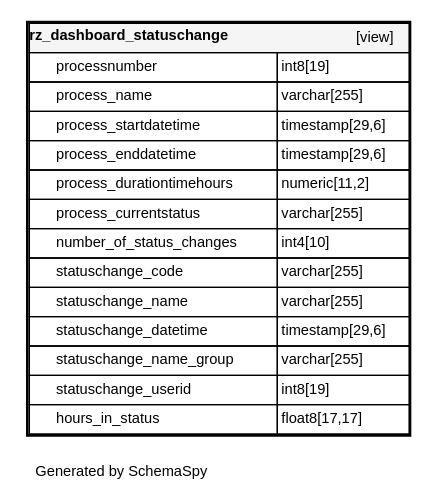
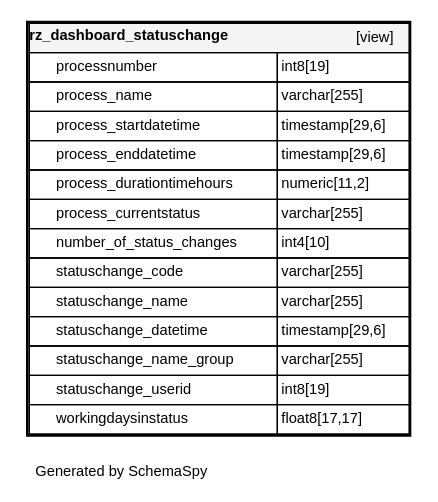
One commit to fyndoo/fyndoo.github.io changed the diagram in db_standardzone_version01/diagrams/tables/rz_dashboard_statuschange.1degree.dot. Above: the diagram before and after it, drawn with Graphviz. The commit also changed 17 other files, not shown here.

```diff
--- a/db_standardzone_version01/diagrams/tables/rz_dashboard_statuschange.1degree.dot
+++ b/db_standardzone_version01/diagrams/tables/rz_dashboard_statuschange.1degree.dot
@@ -1,43 +1,43 @@
 digraph "oneDegreeRelationshipsDiagram" {
   graph [
     rankdir="RL"
     bgcolor="#ffffff"
     label="\nGenerated by SchemaSpy"
     labeljust="l"
     nodesep="0.18"
     ranksep="0.46"
     fontname="Helvetica"
     fontsize="11"
     ration="compress"
   ];
   node [
     fontname="Helvetica"
     fontsize="11"
     shape="plaintext"
   ];
   edge [
     arrowsize="0.8"
   ];
   "rz_dashboard_statuschange" [
    label=<
     <TABLE BORDER="2" CELLBORDER="1" CELLSPACING="0" BGCOLOR="#ffffff">
       <TR><TD COLSPAN="4"  BGCOLOR="#f5f5f5"><TABLE BORDER="0" CELLSPACING="0"><TR><TD ALIGN="LEFT" FIXEDSIZE="TRUE" WIDTH="165" HEIGHT="16"><B>rz_dashboard_statuschange</B></TD><TD ALIGN="RIGHT">[view]</TD></TR></TABLE></TD></TR>
       <TR><TD PORT="processnumber" COLSPAN="2" ALIGN="LEFT"><TABLE BORDER="0" CELLSPACING="0" ALIGN="LEFT"><TR ALIGN="LEFT"><TD ALIGN="LEFT" FIXEDSIZE="TRUE" WIDTH="15" HEIGHT="16"></TD><TD ALIGN="LEFT" FIXEDSIZE="TRUE" WIDTH="165" HEIGHT="16">processnumber</TD></TR></TABLE></TD><TD PORT="processnumber.type" ALIGN="LEFT">int8[19]</TD></TR>
       <TR><TD PORT="process_name" COLSPAN="2" ALIGN="LEFT"><TABLE BORDER="0" CELLSPACING="0" ALIGN="LEFT"><TR ALIGN="LEFT"><TD ALIGN="LEFT" FIXEDSIZE="TRUE" WIDTH="15" HEIGHT="16"></TD><TD ALIGN="LEFT" FIXEDSIZE="TRUE" WIDTH="165" HEIGHT="16">process_name</TD></TR></TABLE></TD><TD PORT="process_name.type" ALIGN="LEFT">varchar[255]</TD></TR>
       <TR><TD PORT="process_startdatetime" COLSPAN="2" ALIGN="LEFT"><TABLE BORDER="0" CELLSPACING="0" ALIGN="LEFT"><TR ALIGN="LEFT"><TD ALIGN="LEFT" FIXEDSIZE="TRUE" WIDTH="15" HEIGHT="16"></TD><TD ALIGN="LEFT" FIXEDSIZE="TRUE" WIDTH="165" HEIGHT="16">process_startdatetime</TD></TR></TABLE></TD><TD PORT="process_startdatetime.type" ALIGN="LEFT">timestamp[29,6]</TD></TR>
       <TR><TD PORT="process_enddatetime" COLSPAN="2" ALIGN="LEFT"><TABLE BORDER="0" CELLSPACING="0" ALIGN="LEFT"><TR ALIGN="LEFT"><TD ALIGN="LEFT" FIXEDSIZE="TRUE" WIDTH="15" HEIGHT="16"></TD><TD ALIGN="LEFT" FIXEDSIZE="TRUE" WIDTH="165" HEIGHT="16">process_enddatetime</TD></TR></TABLE></TD><TD PORT="process_enddatetime.type" ALIGN="LEFT">timestamp[29,6]</TD></TR>
       <TR><TD PORT="process_durationtimehours" COLSPAN="2" ALIGN="LEFT"><TABLE BORDER="0" CELLSPACING="0" ALIGN="LEFT"><TR ALIGN="LEFT"><TD ALIGN="LEFT" FIXEDSIZE="TRUE" WIDTH="15" HEIGHT="16"></TD><TD ALIGN="LEFT" FIXEDSIZE="TRUE" WIDTH="165" HEIGHT="16">process_durationtimehours</TD></TR></TABLE></TD><TD PORT="process_durationtimehours.type" ALIGN="LEFT">numeric[11,2]</TD></TR>
       <TR><TD PORT="process_currentstatus" COLSPAN="2" ALIGN="LEFT"><TABLE BORDER="0" CELLSPACING="0" ALIGN="LEFT"><TR ALIGN="LEFT"><TD ALIGN="LEFT" FIXEDSIZE="TRUE" WIDTH="15" HEIGHT="16"></TD><TD ALIGN="LEFT" FIXEDSIZE="TRUE" WIDTH="165" HEIGHT="16">process_currentstatus</TD></TR></TABLE></TD><TD PORT="process_currentstatus.type" ALIGN="LEFT">varchar[255]</TD></TR>
       <TR><TD PORT="number_of_status_changes" COLSPAN="2" ALIGN="LEFT"><TABLE BORDER="0" CELLSPACING="0" ALIGN="LEFT"><TR ALIGN="LEFT"><TD ALIGN="LEFT" FIXEDSIZE="TRUE" WIDTH="15" HEIGHT="16"></TD><TD ALIGN="LEFT" FIXEDSIZE="TRUE" WIDTH="165" HEIGHT="16">number_of_status_changes</TD></TR></TABLE></TD><TD PORT="number_of_status_changes.type" ALIGN="LEFT">int4[10]</TD></TR>
       <TR><TD PORT="statuschange_code" COLSPAN="2" ALIGN="LEFT"><TABLE BORDER="0" CELLSPACING="0" ALIGN="LEFT"><TR ALIGN="LEFT"><TD ALIGN="LEFT" FIXEDSIZE="TRUE" WIDTH="15" HEIGHT="16"></TD><TD ALIGN="LEFT" FIXEDSIZE="TRUE" WIDTH="165" HEIGHT="16">statuschange_code</TD></TR></TABLE></TD><TD PORT="statuschange_code.type" ALIGN="LEFT">varchar[255]</TD></TR>
       <TR><TD PORT="statuschange_name" COLSPAN="2" ALIGN="LEFT"><TABLE BORDER="0" CELLSPACING="0" ALIGN="LEFT"><TR ALIGN="LEFT"><TD ALIGN="LEFT" FIXEDSIZE="TRUE" WIDTH="15" HEIGHT="16"></TD><TD ALIGN="LEFT" FIXEDSIZE="TRUE" WIDTH="165" HEIGHT="16">statuschange_name</TD></TR></TABLE></TD><TD PORT="statuschange_name.type" ALIGN="LEFT">varchar[255]</TD></TR>
       <TR><TD PORT="statuschange_datetime" COLSPAN="2" ALIGN="LEFT"><TABLE BORDER="0" CELLSPACING="0" ALIGN="LEFT"><TR ALIGN="LEFT"><TD ALIGN="LEFT" FIXEDSIZE="TRUE" WIDTH="15" HEIGHT="16"></TD><TD ALIGN="LEFT" FIXEDSIZE="TRUE" WIDTH="165" HEIGHT="16">statuschange_datetime</TD></TR></TABLE></TD><TD PORT="statuschange_datetime.type" ALIGN="LEFT">timestamp[29,6]</TD></TR>
       <TR><TD PORT="statuschange_name_group" COLSPAN="2" ALIGN="LEFT"><TABLE BORDER="0" CELLSPACING="0" ALIGN="LEFT"><TR ALIGN="LEFT"><TD ALIGN="LEFT" FIXEDSIZE="TRUE" WIDTH="15" HEIGHT="16"></TD><TD ALIGN="LEFT" FIXEDSIZE="TRUE" WIDTH="165" HEIGHT="16">statuschange_name_group</TD></TR></TABLE></TD><TD PORT="statuschange_name_group.type" ALIGN="LEFT">varchar[255]</TD></TR>
       <TR><TD PORT="statuschange_userid" COLSPAN="2" ALIGN="LEFT"><TABLE BORDER="0" CELLSPACING="0" ALIGN="LEFT"><TR ALIGN="LEFT"><TD ALIGN="LEFT" FIXEDSIZE="TRUE" WIDTH="15" HEIGHT="16"></TD><TD ALIGN="LEFT" FIXEDSIZE="TRUE" WIDTH="165" HEIGHT="16">statuschange_userid</TD></TR></TABLE></TD><TD PORT="statuschange_userid.type" ALIGN="LEFT">int8[19]</TD></TR>
-      <TR><TD PORT="hours_in_status" COLSPAN="2" ALIGN="LEFT"><TABLE BORDER="0" CELLSPACING="0" ALIGN="LEFT"><TR ALIGN="LEFT"><TD ALIGN="LEFT" FIXEDSIZE="TRUE" WIDTH="15" HEIGHT="16"></TD><TD ALIGN="LEFT" FIXEDSIZE="TRUE" WIDTH="165" HEIGHT="16">hours_in_status</TD></TR></TABLE></TD><TD PORT="hours_in_status.type" ALIGN="LEFT">float8[17,17]</TD></TR>
+      <TR><TD PORT="workingdaysinstatus" COLSPAN="2" ALIGN="LEFT"><TABLE BORDER="0" CELLSPACING="0" ALIGN="LEFT"><TR ALIGN="LEFT"><TD ALIGN="LEFT" FIXEDSIZE="TRUE" WIDTH="15" HEIGHT="16"></TD><TD ALIGN="LEFT" FIXEDSIZE="TRUE" WIDTH="165" HEIGHT="16">workingdaysinstatus</TD></TR></TABLE></TD><TD PORT="workingdaysinstatus.type" ALIGN="LEFT">float8[17,17]</TD></TR>
     </TABLE>>
     URL="rz_dashboard_statuschange.html"
     target="_top"
     tooltip="rz_dashboard_statuschange"
   ];
 }
```
